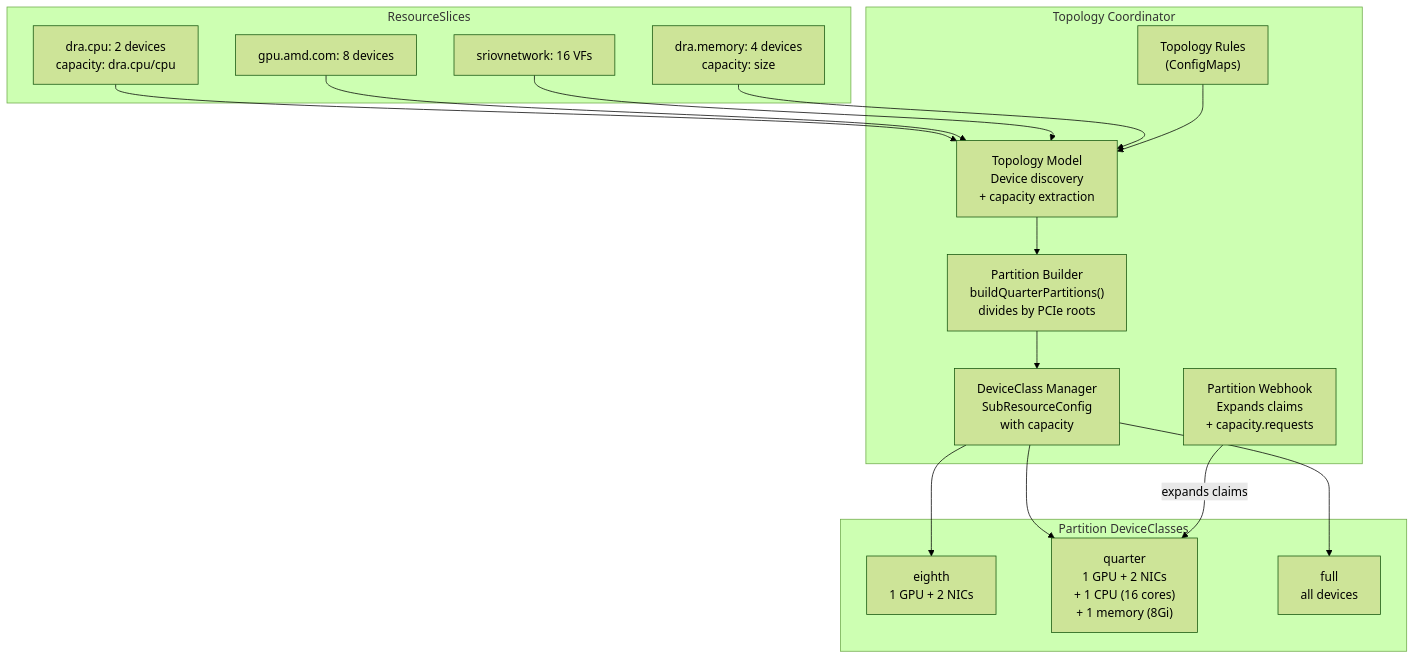
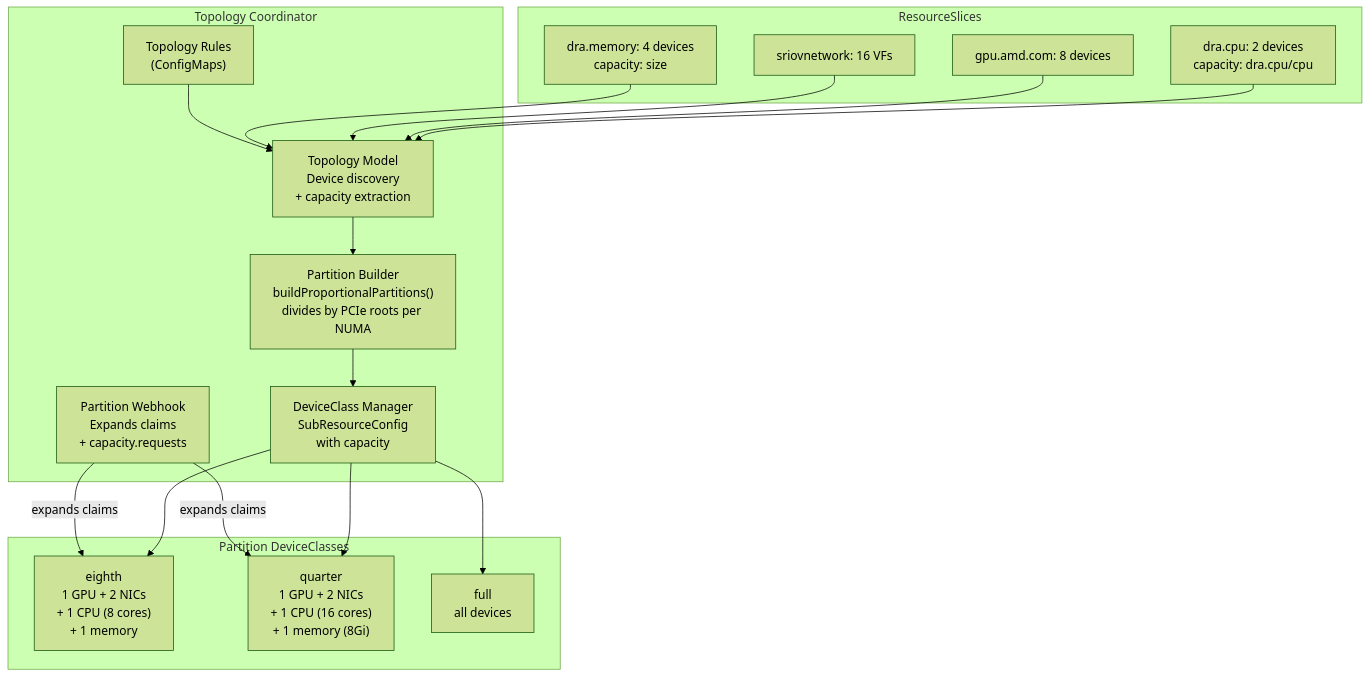
One commit to johnahull/dra-topology-aware-co-placement changed the first of 3 diagrams in testing/topology-coordinator-quarter-machine.md. Above: the diagram before and after it, drawn with Mermaid (forest theme). The commit also changed other lines of this file, not shown here.

First line of the commit message:
Update partition doc: 8-pod full machine split + eighth fix

````diff
--- a/testing/topology-coordinator-quarter-machine.md
+++ b/testing/topology-coordinator-quarter-machine.md
@@ -86,28 +102,28 @@
 ```mermaid
 graph TB
     subgraph "Topology Coordinator"
         RULES["Topology Rules<br/>(ConfigMaps)"]
         MODEL["Topology Model<br/>Device discovery<br/>+ capacity extraction"]
-        PART["Partition Builder<br/>buildQuarterPartitions()<br/>divides by PCIe roots"]
+        PART["Partition Builder<br/>buildProportionalPartitions()<br/>divides by PCIe roots per NUMA"]
         DC["DeviceClass Manager<br/>SubResourceConfig<br/>with capacity"]
         WH["Partition Webhook<br/>Expands claims<br/>+ capacity.requests"]
     end
 
     subgraph "ResourceSlices"
         CPU_RS["dra.cpu: 2 devices<br/>capacity: dra.cpu/cpu"]
         GPU_RS["gpu.amd.com: 8 devices"]
         NIC_RS["sriovnetwork: 16 VFs"]
         MEM_RS["dra.memory: 4 devices<br/>capacity: size"]
     end
 
     subgraph "Partition DeviceClasses"
-        EIGHTH["eighth<br/>1 GPU + 2 NICs"]
+        EIGHTH["eighth<br/>1 GPU + 2 NICs<br/>+ 1 CPU (8 cores)<br/>+ 1 memory"]
         QUARTER["quarter<br/>1 GPU + 2 NICs<br/>+ 1 CPU (16 cores)<br/>+ 1 memory (8Gi)"]
         FULL["full<br/>all devices"]
     end
 
     CPU_RS & GPU_RS & NIC_RS & MEM_RS --> MODEL
     RULES --> MODEL
     MODEL --> PART --> DC --> EIGHTH & QUARTER & FULL
-    WH -->|expands claims| QUARTER
+    WH -->|expands claims| EIGHTH & QUARTER
 ```
````
